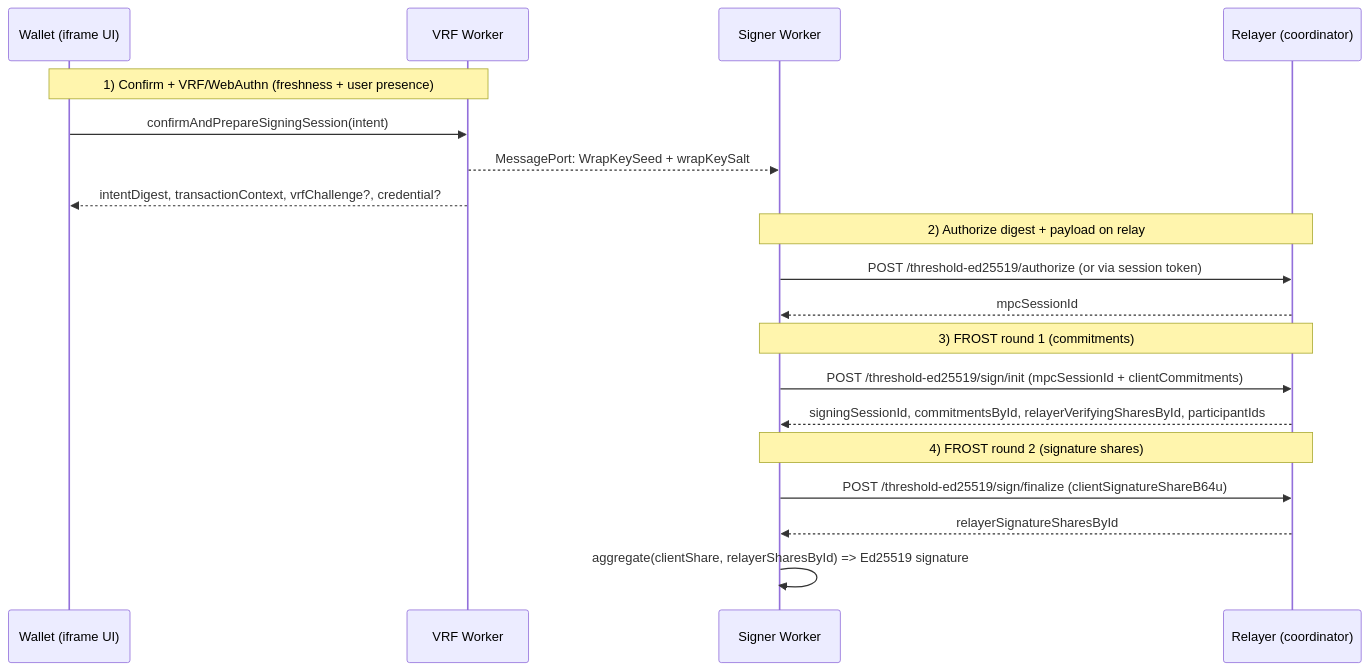
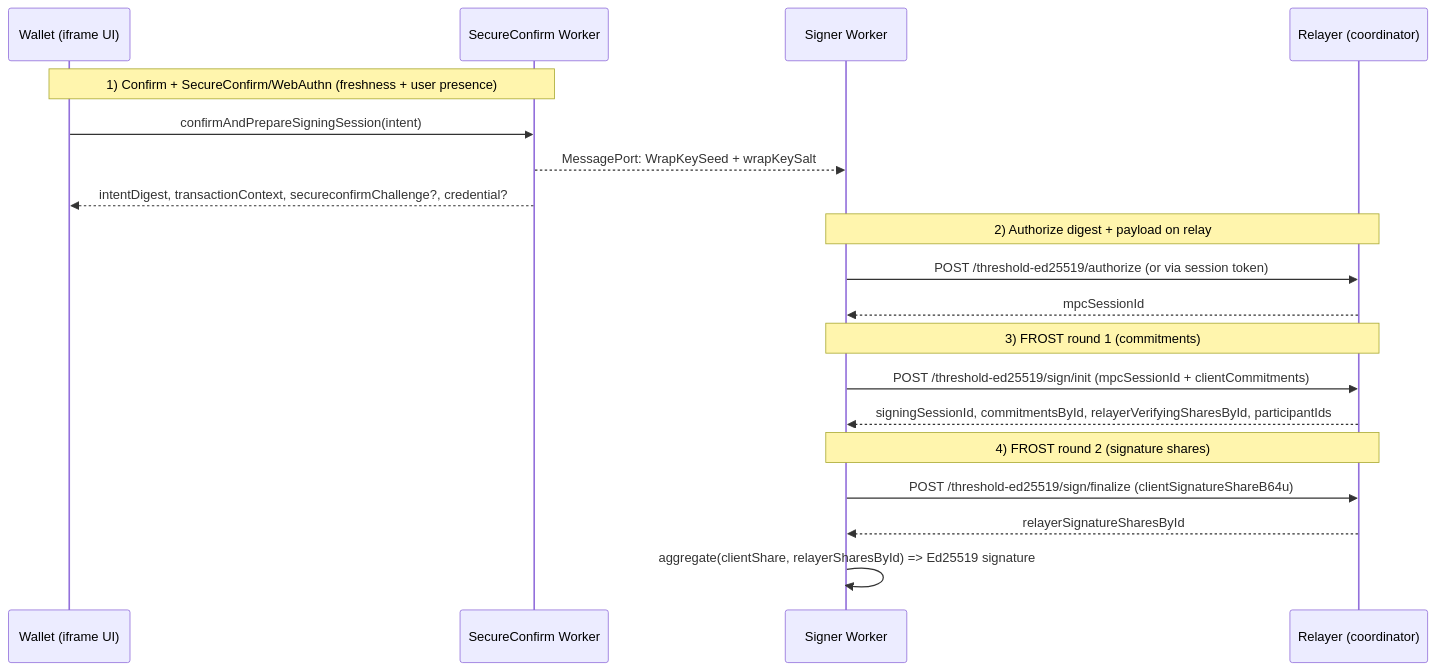
Before and after one commit to peitalin/simple-threshold-signer: the second of 2 diagrams in examples/tatchi-docs/src/docs/concepts/threshold-signing.md, drawn with Mermaid. The commit also changed other lines of this file and 242 other files, not shown here.

````diff
--- a/examples/tatchi-docs/src/docs/concepts/threshold-signing.md
+++ b/examples/tatchi-docs/src/docs/concepts/threshold-signing.md
@@ -75,25 +75,25 @@
 ```mermaid
 sequenceDiagram
   participant App as Wallet (iframe UI)
-  participant VRF as VRF Worker
+  participant SecureConfirm as SecureConfirm Worker
   participant Signer as Signer Worker
   participant Relay as Relayer (coordinator)
 
-  Note over App,VRF: 1) Confirm + VRF/WebAuthn (freshness + user presence)
-  App->>VRF: confirmAndPrepareSigningSession(intent)
-  VRF-->>Signer: MessagePort: WrapKeySeed + wrapKeySalt
-  VRF-->>App: intentDigest, transactionContext, vrfChallenge?, credential?
+  Note over App,SecureConfirm: 1) Confirm + SecureConfirm/WebAuthn (freshness + user presence)
+  App->>SecureConfirm: confirmAndPrepareSigningSession(intent)
+  SecureConfirm-->>Signer: MessagePort: WrapKeySeed + wrapKeySalt
+  SecureConfirm-->>App: intentDigest, transactionContext, secureconfirmChallenge?, credential?
 
   Note over Signer,Relay: 2) Authorize digest + payload on relay
   Signer->>Relay: POST /threshold-ed25519/authorize (or via session token)
   Relay-->>Signer: mpcSessionId
 
   Note over Signer,Relay: 3) FROST round 1 (commitments)
   Signer->>Relay: POST /threshold-ed25519/sign/init (mpcSessionId + clientCommitments)
   Relay-->>Signer: signingSessionId, commitmentsById, relayerVerifyingSharesById, participantIds
 
   Note over Signer,Relay: 4) FROST round 2 (signature shares)
   Signer->>Relay: POST /threshold-ed25519/sign/finalize (clientSignatureShareB64u)
   Relay-->>Signer: relayerSignatureSharesById
   Signer->>Signer: aggregate(clientShare, relayerSharesById) => Ed25519 signature
 ```
````
